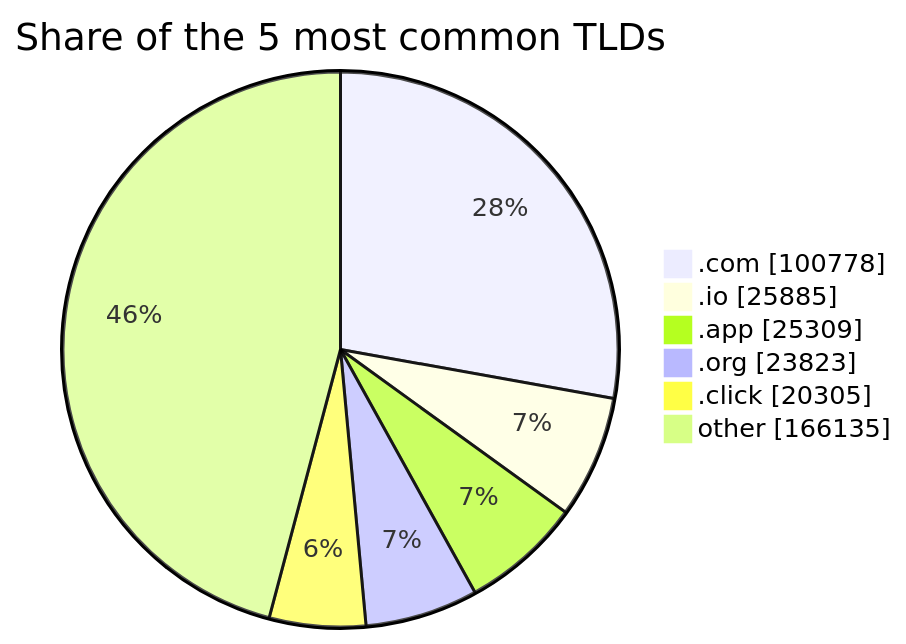
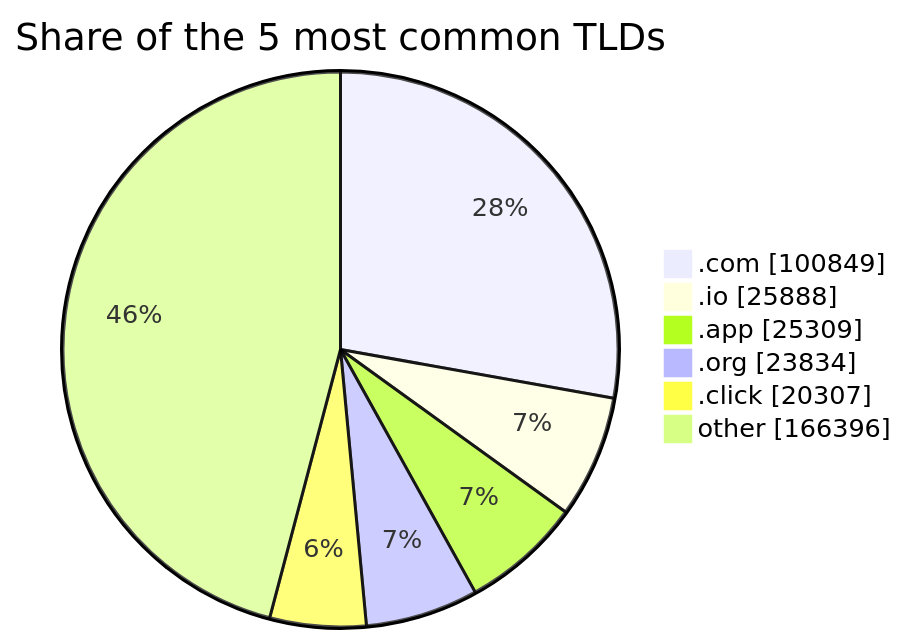
One commit to DNSBunker/CTI changed the third of 3 diagrams in README.md. Above: the diagram before and after it, drawn with Mermaid. The commit also changed other lines of this file and 3 other files, not shown here.

````diff
--- a/README.md
+++ b/README.md
@@ -81,9 +81,9 @@
 ```mermaid
 pie showData title Share of the 5 most common TLDs
-    ".com" : 100778
-    ".io" : 25885
+    ".com" : 100849
+    ".io" : 25888
     ".app" : 25309
-    ".org" : 23823
-    ".click" : 20305
-    "other" : 166135
+    ".org" : 23834
+    ".click" : 20307
+    "other" : 166396
 ```
````
